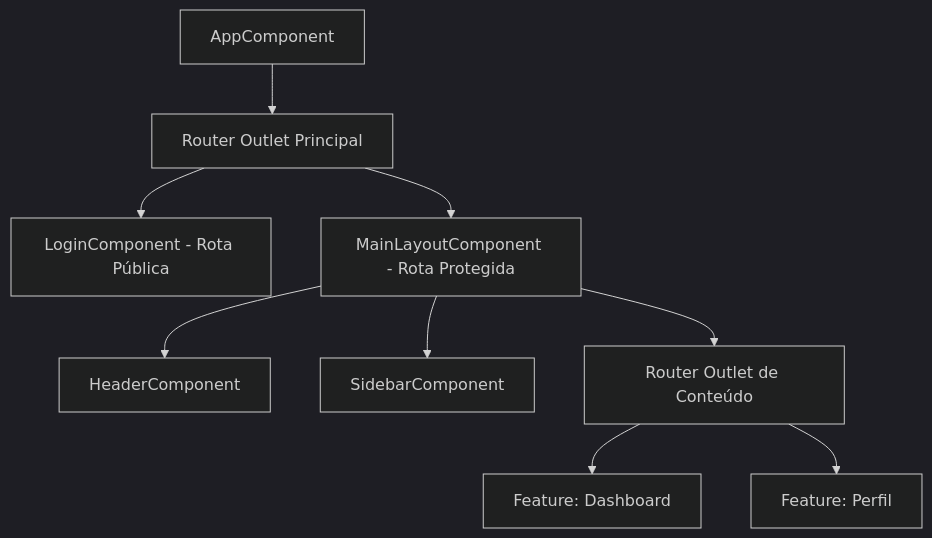
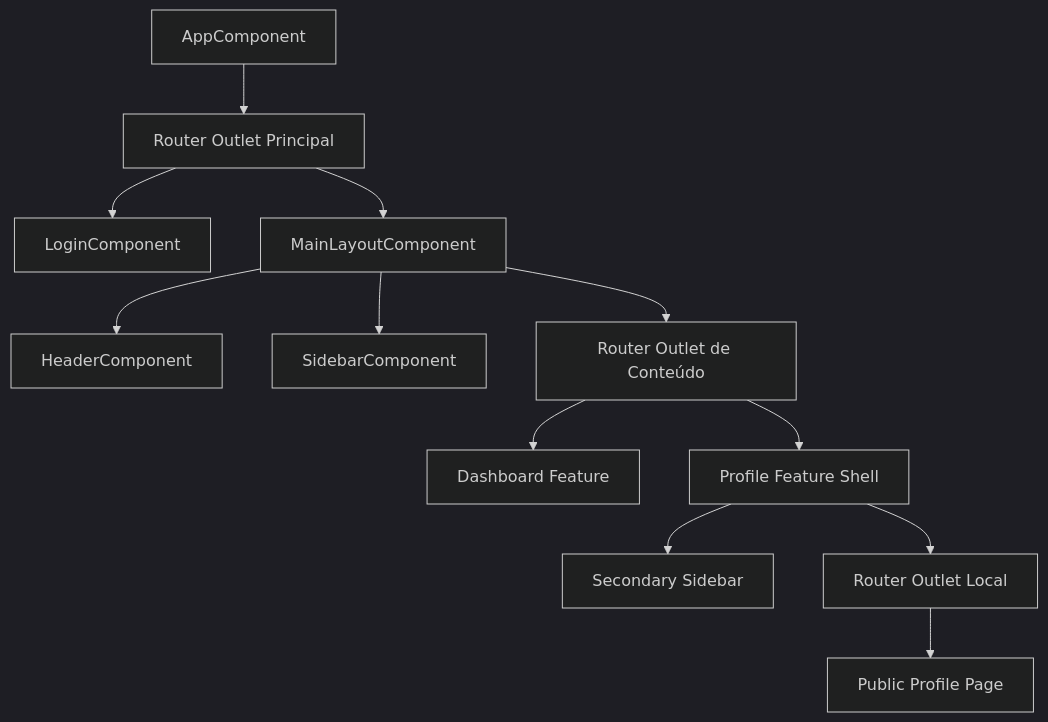
Before and after one commit to cros-dev/app-templates: the third of 3 diagrams in web/ARCHITETURE.md, drawn with Mermaid (dark theme). The commit also changed other lines of this file and 26 other files, not shown here.

````diff
--- a/web/ARCHITETURE.md
+++ b/web/ARCHITETURE.md
@@ -101,13 +201,20 @@
 ```mermaid
 graph TD
-    App[AppComponent] --> RO1[Router Outlet Principal]
-    RO1 --> Login[LoginComponent - Rota Pública]
-    RO1 --> MainLayout[MainLayoutComponent - Rota Protegida]
-    
-    MainLayout --> Header[HeaderComponent]
-    MainLayout --> Sidebar[SidebarComponent]
-    MainLayout --> RO2[Router Outlet de Conteúdo]
-    
-    RO2 --> Feature1[Feature: Dashboard]
-    RO2 --> Feature2[Feature: Perfil]
+
+App[AppComponent] --> RO1[Router Outlet Principal]
+
+RO1 --> Login[LoginComponent]
+RO1 --> MainLayout[MainLayoutComponent]
+
+MainLayout --> Header[HeaderComponent]
+MainLayout --> Sidebar[SidebarComponent]
+MainLayout --> RO2[Router Outlet de Conteúdo]
+
+RO2 --> Dashboard[Dashboard Feature]
+RO2 --> ProfileShell[Profile Feature Shell]
+
+ProfileShell --> SubNav[Secondary Sidebar]
+ProfileShell --> RO3[Router Outlet Local]
+
+RO3 --> Page[Public Profile Page]
 ```
````
